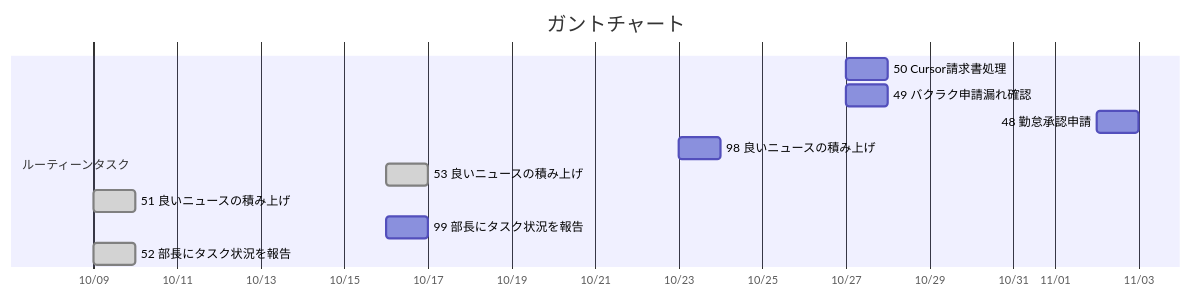
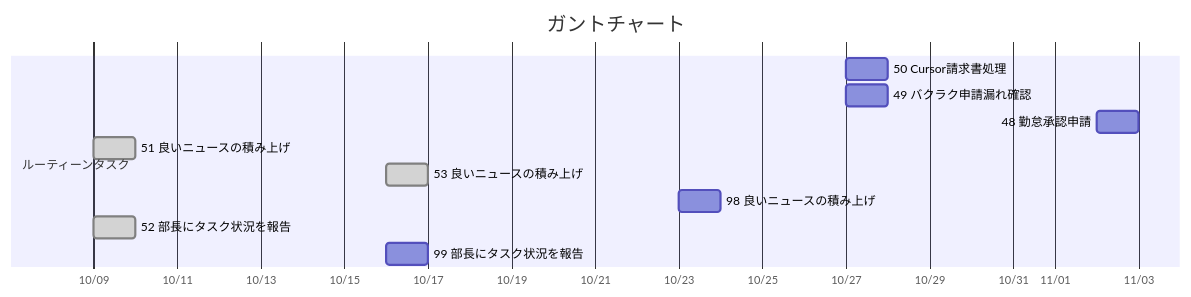
Before and after one commit to FLNYoshidaRyuta/task_management: the diagram in tasks/ガントチャート.md, drawn with Mermaid. The commit also changed 3 other files, not shown here.

````diff
--- a/tasks/ガントチャート.md
+++ b/tasks/ガントチャート.md
@@ -3,16 +3,16 @@
 ```mermaid
 %%{init: {'themeCSS': 'rect[id*=rel] { fill: #c2410c !important; stroke: #9a3412 !important; }'}}%%
 gantt
     title ガントチャート
     dateFormat YYYY-MM-DD
     axisFormat %m/%d
     section ルーティーンタスク
     50 Cursor請求書処理 :t1, 2026-10-27, 1d
     49 バクラク申請漏れ確認 :t2, 2026-10-27, 1d
     48 勤怠承認申請 :t3, 2026-11-02, 1d
-    98 良いニュースの積み上げ :t4, 2026-10-23, 1d
+    51 良いニュースの積み上げ :done, t4, 2026-10-09, 1d
     53 良いニュースの積み上げ :done, t5, 2026-10-16, 1d
-    51 良いニュースの積み上げ :done, t6, 2026-10-09, 1d
-    99 部長にタスク状況を報告 :t7, 2026-10-16, 1d
-    52 部長にタスク状況を報告 :done, t8, 2026-10-09, 1d
+    98 良いニュースの積み上げ :t6, 2026-10-23, 1d
+    52 部長にタスク状況を報告 :done, t7, 2026-10-09, 1d
+    99 部長にタスク状況を報告 :t8, 2026-10-16, 1d
 ```
````
